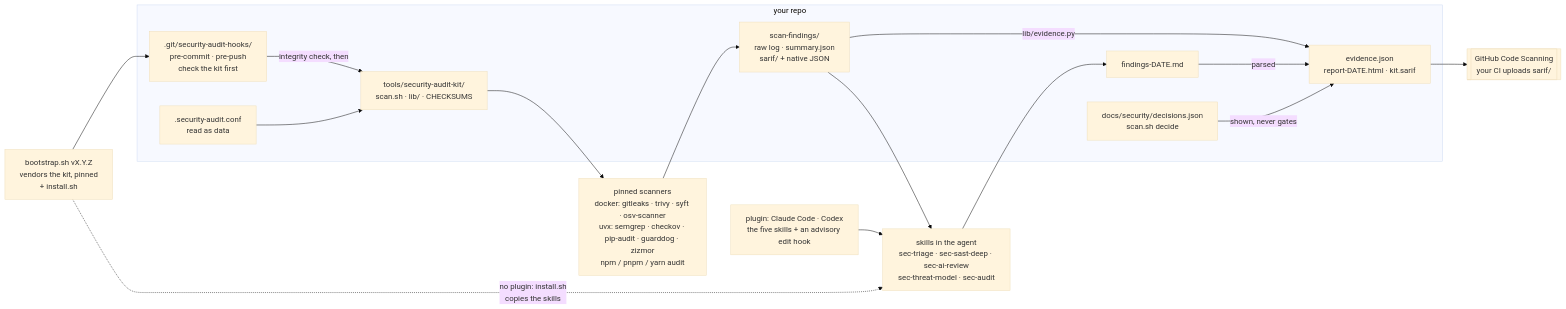
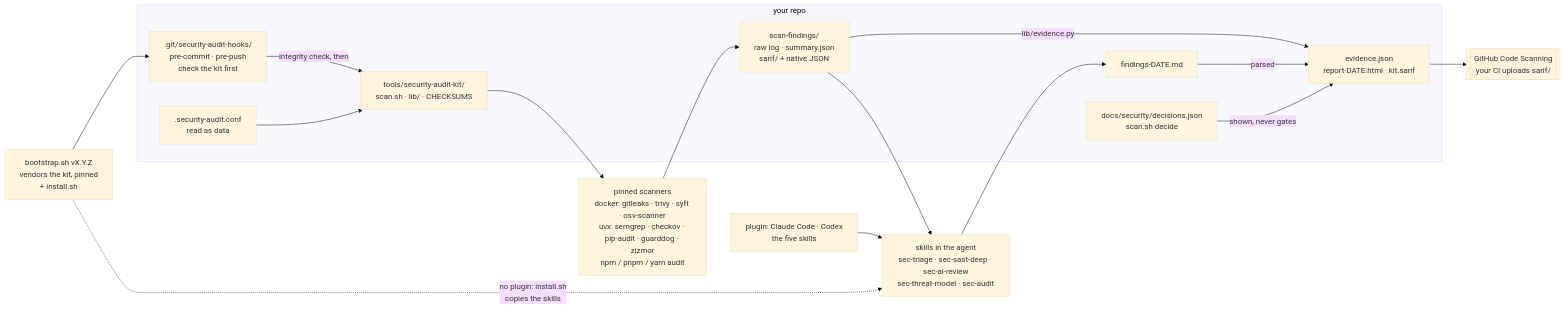
The diagram in README-tr.md (boraeresici/security-audit-kit), drawn with Mermaid (base theme) before and after one commit. The commit also changed other lines of this file and 21 other files, not shown here.

First line of the commit message:
feat(plugin): the plugin is skills only; the edit check is the kit's, opt-in (install.sh --with-edit-hook)

````diff
--- a/README-tr.md
+++ b/README-tr.md
@@ -50,30 +50,30 @@
 ```mermaid
 flowchart LR
     BS["bootstrap.sh vX.Y.Z<br/>vendors the kit, pinned<br/>+ install.sh"]
-    PLG["plugin: Claude Code · Codex<br/>the five skills + an advisory edit hook"]
+    PLG["plugin: Claude Code · Codex<br/>the five skills"]
     subgraph REPO["your repo"]
       HK[".git/security-audit-hooks/<br/>pre-commit · pre-push<br/>check the kit first"]
       CONF[".security-audit.conf<br/>read as data"]
       KIT["tools/security-audit-kit/<br/>scan.sh · lib/ · CHECKSUMS"]
       OUT["scan-findings/<br/>raw log · summary.json<br/>sarif/ + native JSON"]
       FMD["findings-DATE.md"]
       EV["evidence.json<br/>report-DATE.html · kit.sarif"]
       DEC["docs/security/decisions.json<br/>scan.sh decide"]
     end
     TOOLS["pinned scanners<br/>docker: gitleaks · trivy · syft · osv-scanner<br/>uvx: semgrep · checkov · pip-audit · guarddog · zizmor<br/>npm / pnpm / yarn audit"]
     SK["skills in the agent<br/>sec-triage · sec-sast-deep · sec-ai-review<br/>sec-threat-model · sec-audit"]
     CS[["GitHub Code Scanning<br/>your CI uploads sarif/"]]
 
     BS --> HK
     HK -- "integrity check, then" --> KIT
     CONF --> KIT
     KIT --> TOOLS --> OUT
     OUT -- "lib/evidence.py" --> EV
     EV --> CS
     PLG --> SK
     BS -. "no plugin: install.sh<br/>copies the skills" .-> SK
     OUT --> SK
     SK --> FMD
     FMD -- "parsed" --> EV
     DEC -- "shown, never gates" --> EV
 ```
````
